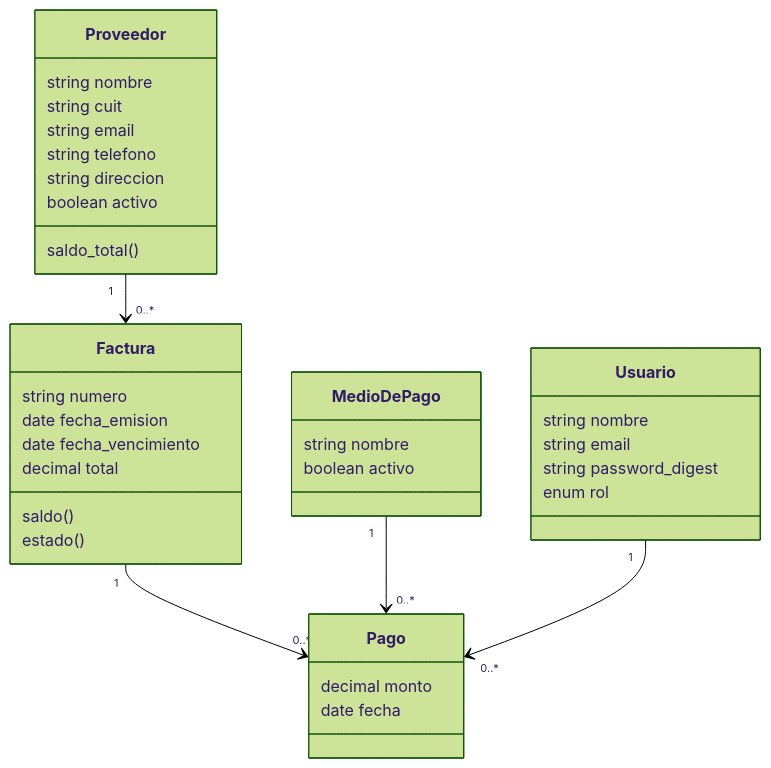
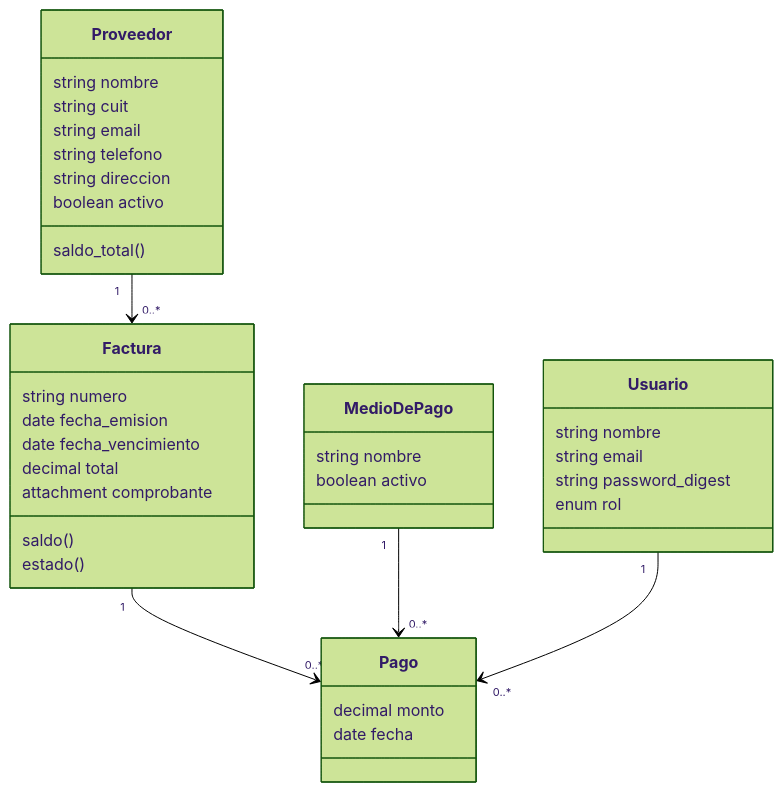
The diagram in README.md (Juanc-Bueno/comercio-deudas), drawn with Mermaid (forest theme) before and after one commit. The commit also changed other lines of this file and 14 other files, not shown here.

````diff
--- a/README.md
+++ b/README.md
@@ -40,39 +41,40 @@
 ```mermaid
 classDiagram
   class Proveedor {
     string nombre
     string cuit
     string email
     string telefono
     string direccion
     boolean activo
     saldo_total()
   }
   class Factura {
     string numero
     date fecha_emision
     date fecha_vencimiento
     decimal total
+    attachment comprobante
     saldo()
     estado()
   }
   class Pago {
     decimal monto
     date fecha
   }
   class MedioDePago {
     string nombre
     boolean activo
   }
   class Usuario {
     string nombre
     string email
     string password_digest
     enum rol
   }
 
   Proveedor "1" --> "0..*" Factura
   Factura "1" --> "0..*" Pago
   MedioDePago "1" --> "0..*" Pago
   Usuario "1" --> "0..*" Pago
 ```
````
